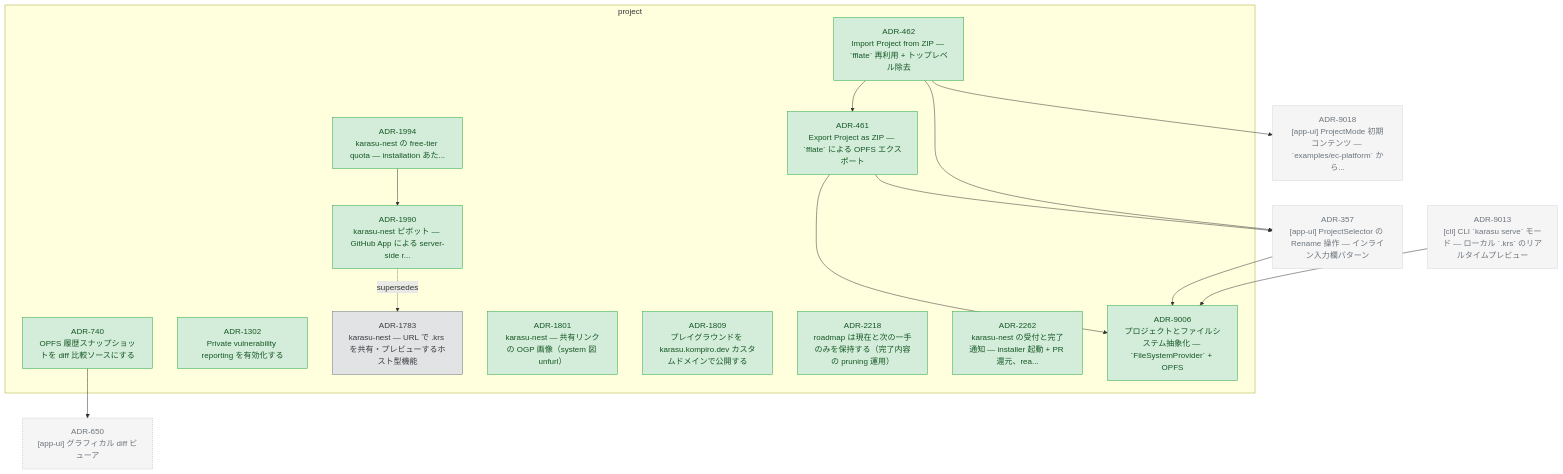
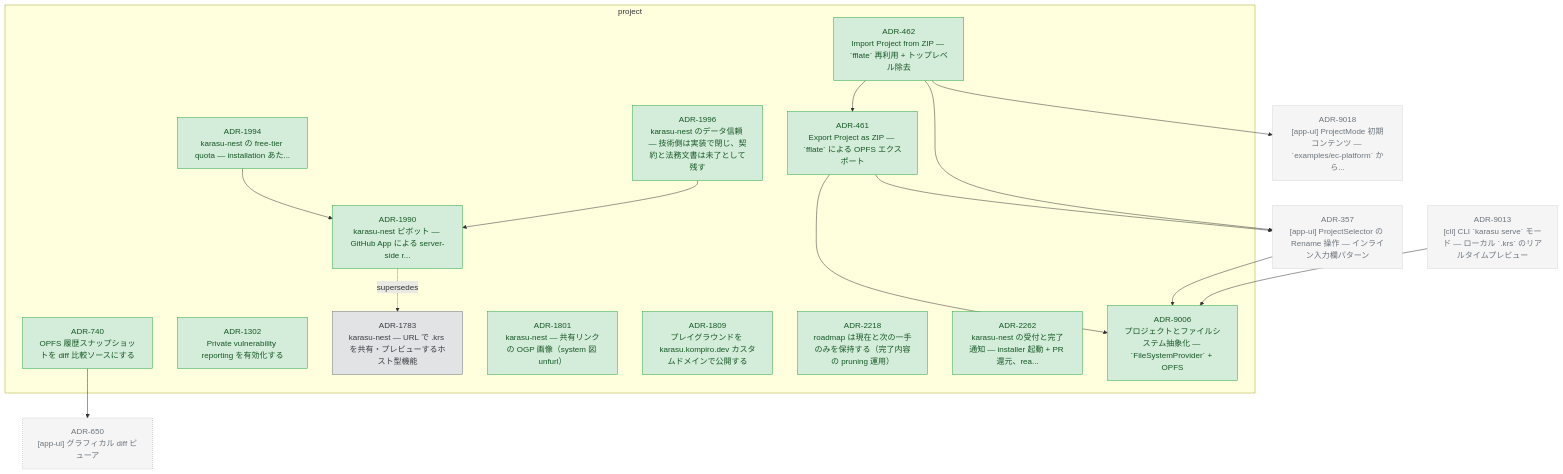
The diagram in docs/adr/graph/project.md (kompiro/karasu), drawn with Mermaid before and after one commit. The commit also changed other lines of this file and 6 other files, not shown here.

````diff
--- a/docs/adr/graph/project.md
+++ b/docs/adr/graph/project.md
@@ -6,54 +6,57 @@
 ```mermaid
 flowchart TD
   subgraph project["project"]
     ADR_461["ADR-461<br/>Export Project as ZIP — `fflate` による OPFS エクスポート"]
     ADR_462["ADR-462<br/>Import Project from ZIP — `fflate` 再利用 + トップレベル除去"]
     ADR_740["ADR-740<br/>OPFS 履歴スナップショットを diff 比較ソースにする"]
     ADR_1302["ADR-1302<br/>Private vulnerability reporting を有効化する"]
     ADR_1783["ADR-1783<br/>karasu-nest — URL で .krs を共有・プレビューするホスト型機能"]
     ADR_1801["ADR-1801<br/>karasu-nest — 共有リンクの OGP 画像（system 図 unfurl）"]
     ADR_1809["ADR-1809<br/>プレイグラウンドを karasu.kompiro.dev カスタムドメインで公開する"]
     ADR_1990["ADR-1990<br/>karasu-nest ピボット — GitHub App による server-side r..."]
     ADR_1994["ADR-1994<br/>karasu-nest の free-tier quota — installation あた..."]
+    ADR_1996["ADR-1996<br/>karasu-nest のデータ信頼 — 技術側は実装で閉じ、契約と法務文書は未了として残す"]
     ADR_2218["ADR-2218<br/>roadmap は現在と次の一手のみを保持する（完了内容の pruning 運用）"]
     ADR_2262["ADR-2262<br/>karasu-nest の受付と完了通知 — installer 起動 + PR 還元、rea..."]
     ADR_9006["ADR-9006<br/>プロジェクトとファイルシステム抽象化 — `FileSystemProvider` + OPFS"]
   end
   ADR_357["ADR-357<br/>[app-ui] ProjectSelector の Rename 操作 — インライン入力欄パターン"]
   ADR_650["ADR-650<br/>[app-ui] グラフィカル diff ビューア"]
   ADR_9013["ADR-9013<br/>[cli] CLI `karasu serve` モード — ローカル `.krs` のリアルタイムプレビュー"]
   ADR_9018["ADR-9018<br/>[app-ui] ProjectMode 初期コンテンツ — `examples/ec-platform` から..."]
   ADR_461 --> ADR_9006
   ADR_461 --> ADR_357
   ADR_462 --> ADR_357
   ADR_462 --> ADR_9018
   ADR_462 --> ADR_461
   ADR_740 --> ADR_650
   ADR_1994 --> ADR_1990
+  ADR_1996 --> ADR_1990
   ADR_357 --> ADR_9006
   ADR_9013 --> ADR_9006
   ADR_1990 -.supersedes.-> ADR_1783
 
   classDef accepted fill:#d4edda,stroke:#28a745,color:#155724
   classDef proposed fill:#fff3cd,stroke:#ffc107,color:#856404
   classDef deprecated fill:#f8d7da,stroke:#dc3545,color:#721c24
   classDef superseded fill:#e2e3e5,stroke:#6c757d,color:#383d41
   classDef not_adopted fill:#e2e3e5,stroke:#6c757d,color:#383d41,stroke-dasharray:3 3
   classDef ghost fill:#f5f5f5,stroke:#adb5bd,color:#6c757d,stroke-dasharray:2 2
   class ADR_461 accepted
   class ADR_462 accepted
   class ADR_740 accepted
   class ADR_1302 accepted
   class ADR_1783 superseded
   class ADR_1801 accepted
   class ADR_1809 accepted
   class ADR_1990 accepted
   class ADR_1994 accepted
+  class ADR_1996 accepted
   class ADR_2218 accepted
   class ADR_2262 accepted
   class ADR_9006 accepted
   class ADR_357 ghost
   class ADR_650 ghost
   class ADR_9013 ghost
   class ADR_9018 ghost
 ```
````
